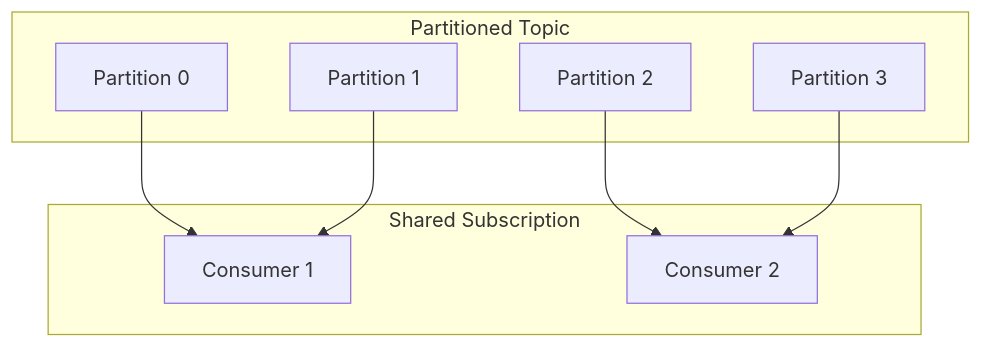
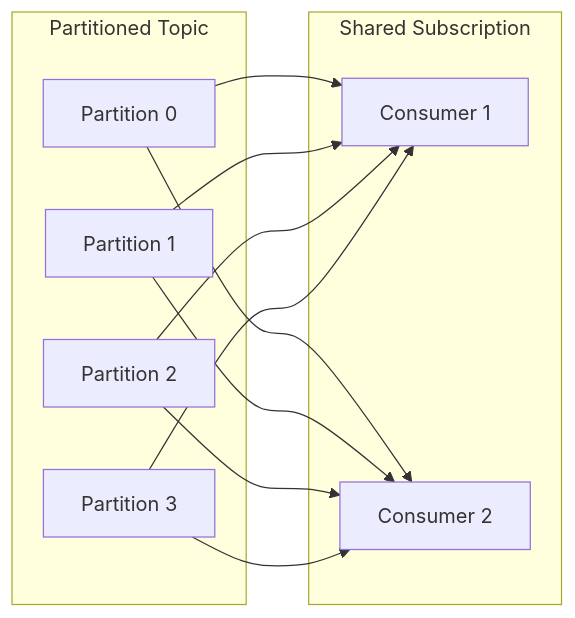
The fifth of 6 diagrams in posts/2026-01-26-apache-pulsar-getting-started/README.md (OneUptime/blog), drawn with Mermaid before and after one commit. The commit also changed other lines of this file and 2 other files, not shown here.

````diff
--- a/posts/2026-01-26-apache-pulsar-getting-started/README.md
+++ b/posts/2026-01-26-apache-pulsar-getting-started/README.md
@@ -518,19 +519,23 @@
 ```mermaid
-flowchart TB
+flowchart LR
     subgraph Topic["Partitioned Topic"]
         P0[Partition 0]
         P1[Partition 1]
         P2[Partition 2]
         P3[Partition 3]
     end
 
     subgraph Subscription["Shared Subscription"]
         C1[Consumer 1]
         C2[Consumer 2]
     end
 
     P0 --> C1
+    P0 --> C2
     P1 --> C1
+    P1 --> C2
+    P2 --> C1
     P2 --> C2
     P3 --> C2
+    P3 --> C1
 ```
````
